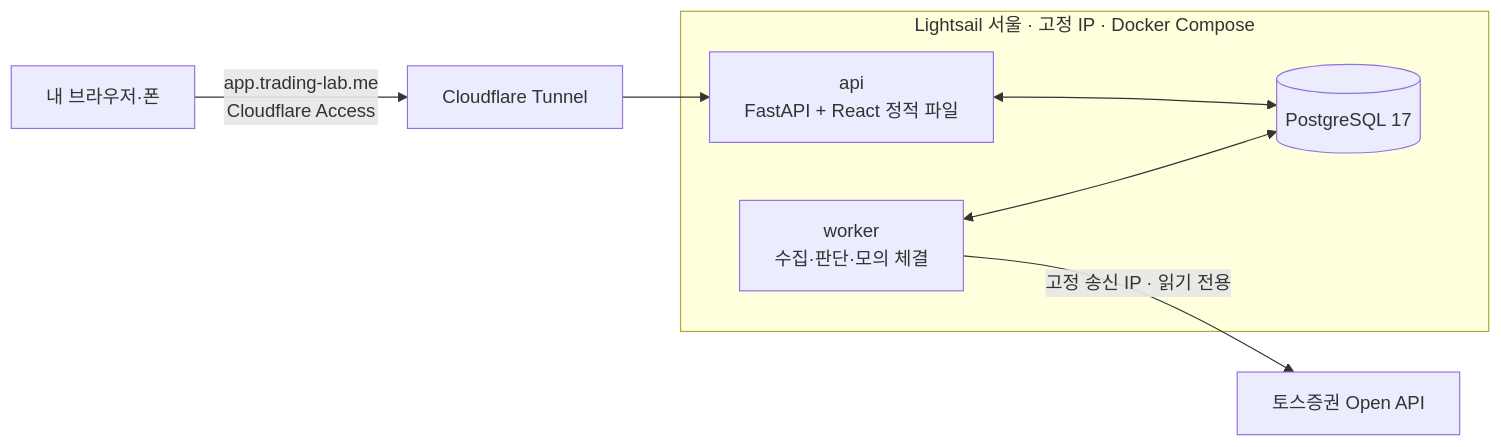
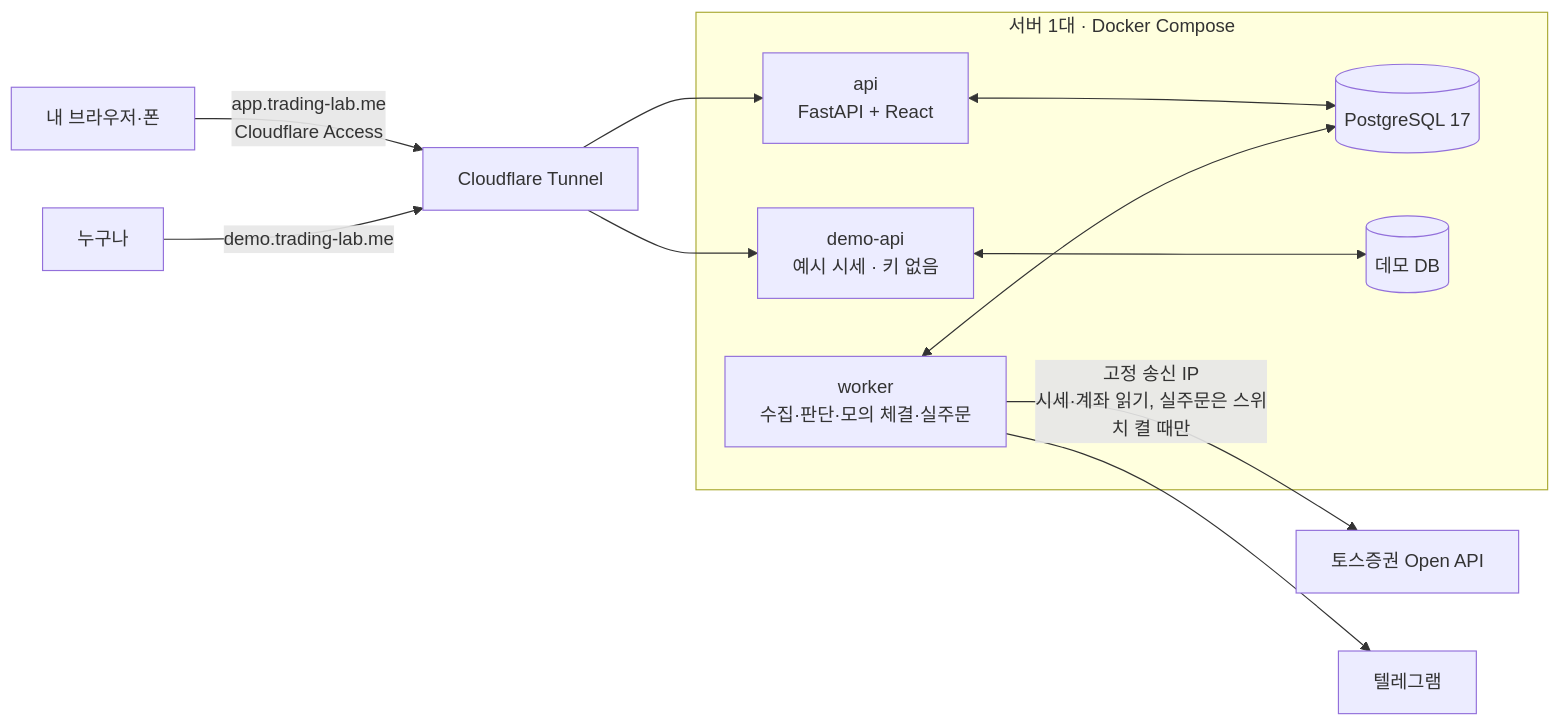
Before and after one commit to ottuck/trading-lab: the diagram in README.md, drawn with Mermaid. The commit also changed other lines of this file and 1 other file, not shown here.

````diff
--- a/README.md
+++ b/README.md
@@ -62,10 +101,14 @@
 ```mermaid
 flowchart LR
     ME[내 브라우저·폰] -->|app.trading-lab.me<br/>Cloudflare Access| CF[Cloudflare Tunnel]
+    VISITOR[누구나] -->|demo.trading-lab.me| CF
     CF --> API
-    subgraph VM[Lightsail 서울 · 고정 IP · Docker Compose]
-        API[api<br/>FastAPI + React 정적 파일] <--> DB[(PostgreSQL 17)]
-        WORKER[worker<br/>수집·판단·모의 체결] <--> DB
+    CF --> DEMO[demo-api<br/>예시 시세 · 키 없음]
+    subgraph HOST[서버 1대 · Docker Compose]
+        API[api<br/>FastAPI + React] <--> DB[(PostgreSQL 17)]
+        WORKER[worker<br/>수집·판단·모의 체결·실주문] <--> DB
+        DEMO <--> DEMODB[(데모 DB)]
     end
-    WORKER -->|고정 송신 IP · 읽기 전용| TOSS[토스증권 Open API]
+    WORKER -->|고정 송신 IP<br/>시세·계좌 읽기, 실주문은 스위치 켤 때만| TOSS[토스증권 Open API]
+    WORKER --> TG[텔레그램]
 ```
````
